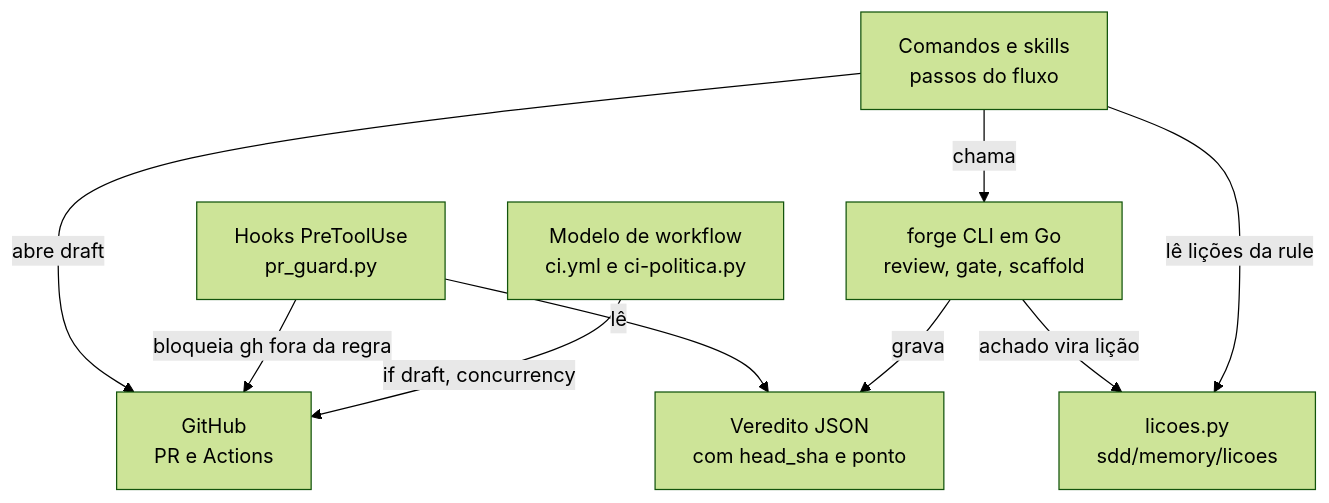
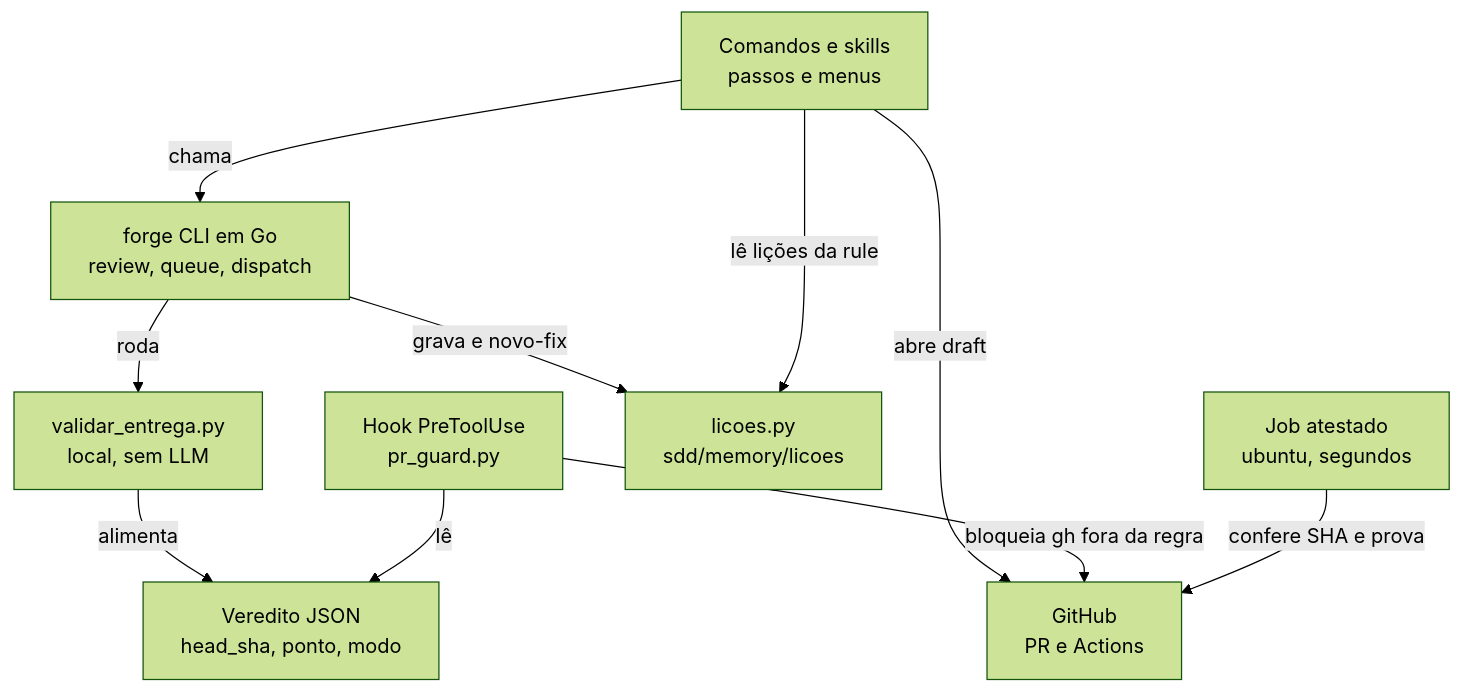
One commit to nathanramorim/forge-sdd changed the second of 3 diagrams in sdd/discovery/106-pr-draft-revisao-e-ci/criteria.md. Above: the diagram before and after it, drawn with Mermaid (forest theme). The commit also changed other lines of this file and 12 other files, not shown here.

First line of the commit message:
docs(106): reabre o Gate 1 com split pelo Builder, atestado, modo sem humano e validação local

````diff
--- a/sdd/discovery/106-pr-draft-revisao-e-ci/criteria.md
+++ b/sdd/discovery/106-pr-draft-revisao-e-ci/criteria.md
@@ -66,18 +75,20 @@
 ```mermaid
 flowchart TB
-  CMD["Comandos e skills<br/>passos do fluxo"]
-  HK["Hooks PreToolUse<br/>pr_guard.py"]
-  CLI["forge CLI em Go<br/>review, gate, scaffold"]
-  VER["Veredito JSON<br/>com head_sha e ponto"]
+  CMD["Comandos e skills<br/>passos e menus"]
+  HK["Hook PreToolUse<br/>pr_guard.py"]
+  CLI["forge CLI em Go<br/>review, queue, dispatch"]
+  VAL["validar_entrega.py<br/>local, sem LLM"]
+  VER["Veredito JSON<br/>head_sha, ponto, modo"]
   LIC["licoes.py<br/>sdd/memory/licoes"]
-  WF["Modelo de workflow<br/>ci.yml e ci-politica.py"]
+  ACT["Job atestado<br/>ubuntu, segundos"]
   GH["GitHub<br/>PR e Actions"]
   CMD -->|"abre draft"| GH
   CMD -->|"chama"| CLI
+  CLI -->|"roda"| VAL
+  VAL -->|"alimenta"| VER
+  CLI -->|"grava e novo-fix"| LIC
+  CMD -->|"lê lições da rule"| LIC
   HK -->|"lê"| VER
   HK -->|"bloqueia gh fora da regra"| GH
-  CLI -->|"grava"| VER
-  CLI -->|"achado vira lição"| LIC
-  CMD -->|"lê lições da rule"| LIC
-  WF -->|"if draft, concurrency"| GH
+  ACT -->|"confere SHA e prova"| GH
 ```
````
